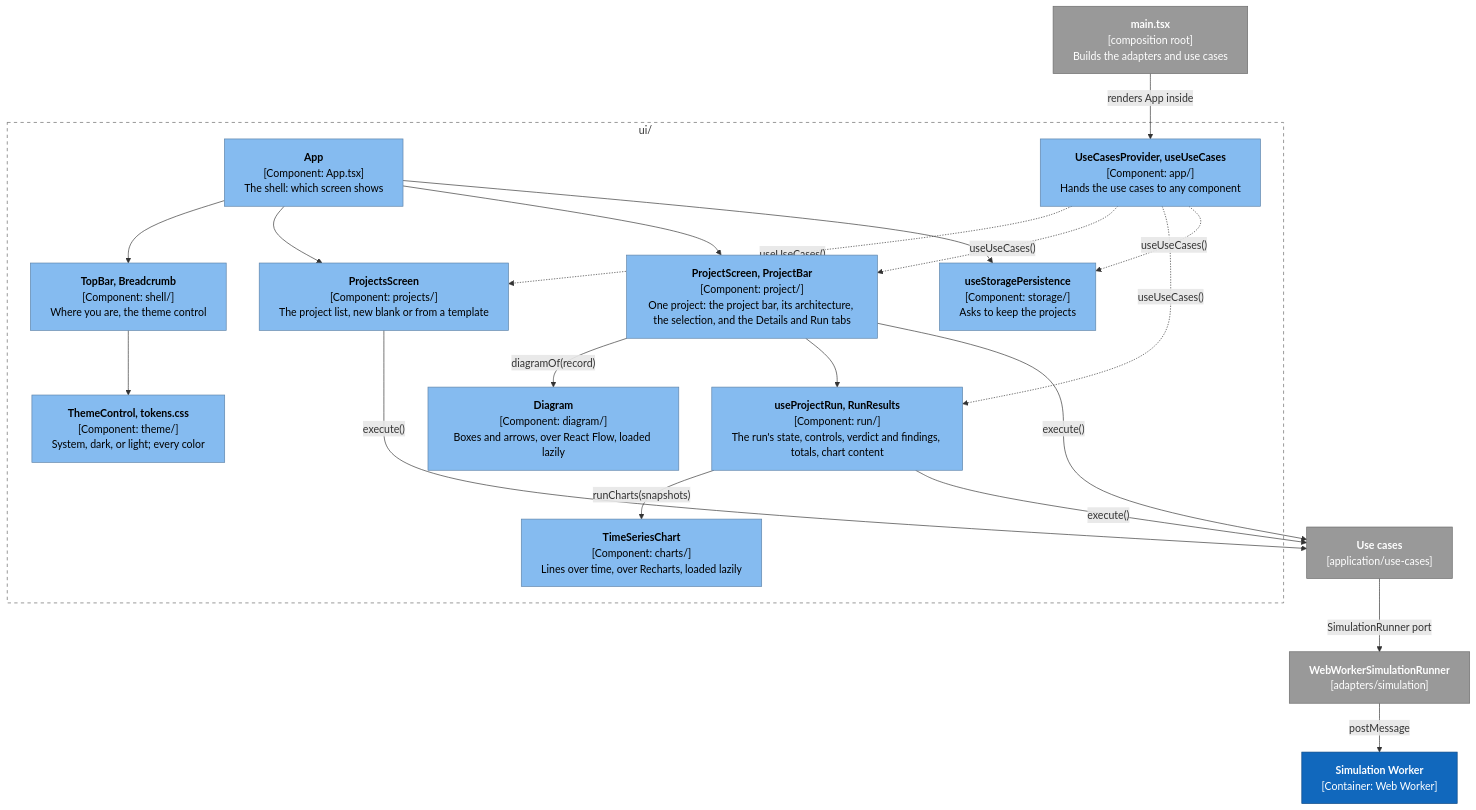
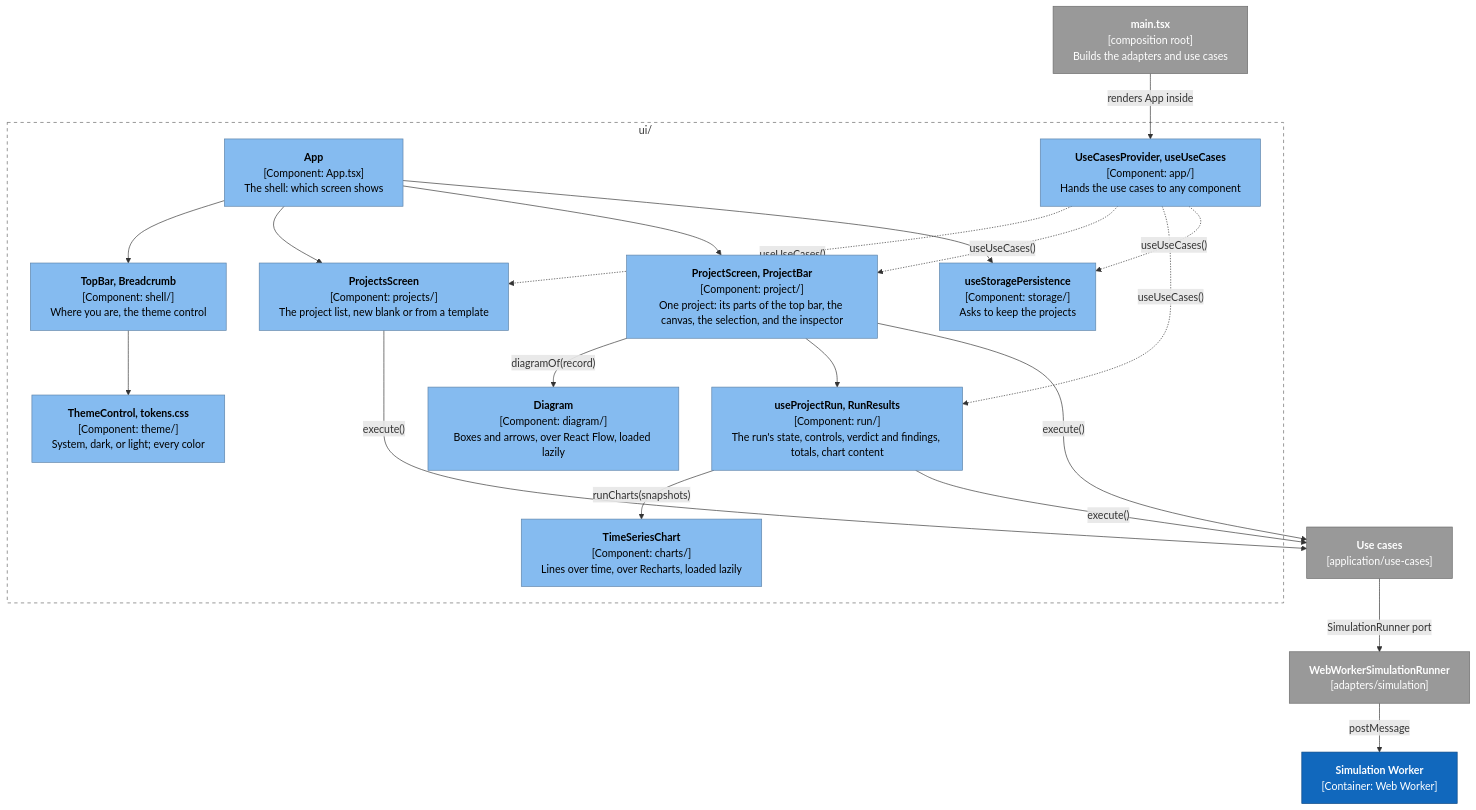
One commit to alanbickel/wind-tunnel changed the first of 3 diagrams in docs/architecture/user-interface.md. Above: the diagram before and after it, drawn with Mermaid. The commit also changed other lines of this file and 64 other files, not shown here.

Commit message:
feat(ui): the canvas-first shell: one top bar, a full-bleed canvas, and a floating inspector (#193)

````diff
--- a/docs/architecture/user-interface.md
+++ b/docs/architecture/user-interface.md
@@ -11,36 +11,36 @@
 ```mermaid
 %%{init: {"flowchart": {"wrappingWidth": 320}}}%%
 flowchart TB
     main["<b>main.tsx</b><br/>[composition root]<br/>Builds the adapters and use cases"]:::external
     subgraph ui["ui/"]
         app["<b>App</b><br/>[Component: App.tsx]<br/>The shell: which screen shows"]:::component
         shell["<b>TopBar, Breadcrumb</b><br/>[Component: shell/]<br/>Where you are, the theme control"]:::component
         provider["<b>UseCasesProvider, useUseCases</b><br/>[Component: app/]<br/>Hands the use cases to any component"]:::component
         projects["<b>ProjectsScreen</b><br/>[Component: projects/]<br/>The project list, new blank or from a template"]:::component
-        project["<b>ProjectScreen, ProjectBar</b><br/>[Component: project/]<br/>One project: the project bar, its architecture, the selection, and the Details and Run tabs"]:::component
+        project["<b>ProjectScreen, ProjectBar</b><br/>[Component: project/]<br/>One project: its parts of the top bar, the canvas, the selection, and the inspector"]:::component
         run["<b>useProjectRun, RunResults</b><br/>[Component: run/]<br/>The run's state, controls, verdict and findings, totals, chart content"]:::component
         storage["<b>useStoragePersistence</b><br/>[Component: storage/]<br/>Asks to keep the projects"]:::component
         theme["<b>ThemeControl, tokens.css</b><br/>[Component: theme/]<br/>System, dark, or light; every color"]:::component
         diagram["<b>Diagram</b><br/>[Component: diagram/]<br/>Boxes and arrows, over React Flow, loaded lazily"]:::component
         charts["<b>TimeSeriesChart</b><br/>[Component: charts/]<br/>Lines over time, over Recharts, loaded lazily"]:::component
     end
     uc["<b>Use cases</b><br/>[application/use-cases]"]:::external
     runner["<b>WebWorkerSimulationRunner</b><br/>[adapters/simulation]"]:::external
     worker["<b>Simulation Worker</b><br/>[Container: Web Worker]"]:::system
     main -->|"renders App inside"| provider
     provider -.->|"useUseCases()"| projects & project & run & storage
     app --> shell & projects & project & storage
     shell --> theme
     project -->|"diagramOf(record)"| diagram
     project --> run
     run -->|"runCharts(snapshots)"| charts
     projects & project & run -->|"execute()"| uc
     uc -->|"SimulationRunner port"| runner
     runner -->|"postMessage"| worker
     style ui fill:none,stroke:#666,stroke-dasharray:5 5
     classDef person fill:#08427b,stroke:#052e56,color:#fff
     classDef system fill:#1168bd,stroke:#0b4884,color:#fff
     classDef component fill:#85bbf0,stroke:#5d82a8,color:#000
     classDef external fill:#999,stroke:#6b6b6b,color:#fff
     classDef planned fill:#fff,stroke:#1168bd,color:#1168bd,stroke-dasharray:5 5
 ```
````
